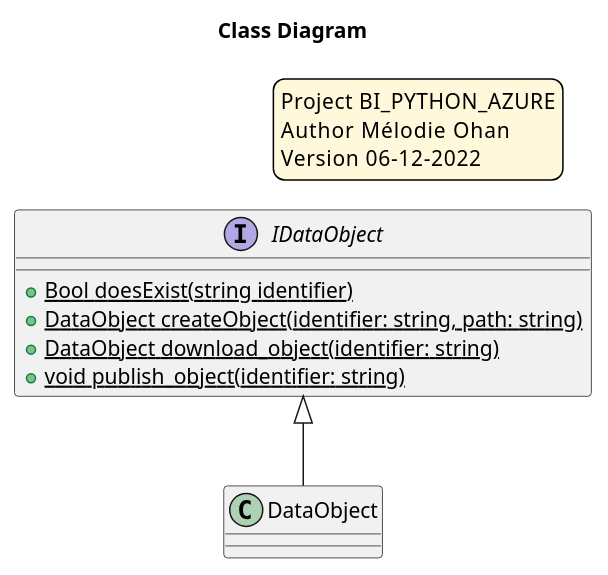
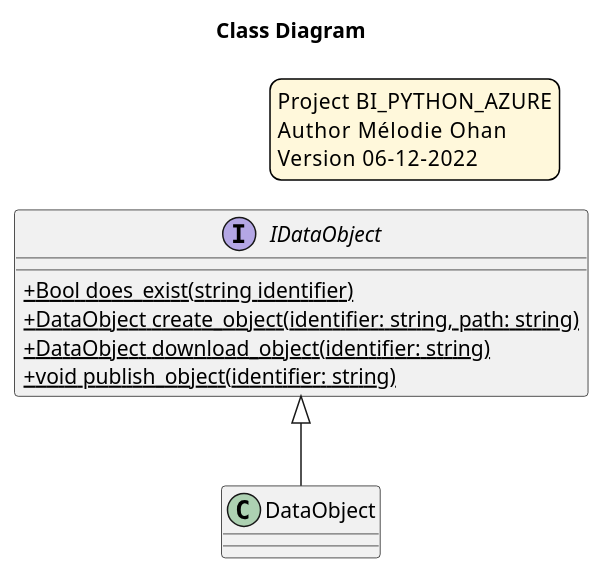
Before and after one commit to CPNV-ES-BI/BI_PYTHON_AZURE: the diagram in doc/class_diagram.puml, drawn with PlantUML. The commit also changed 2 other files, not shown here.

```diff
--- a/doc/class_diagram.puml
+++ b/doc/class_diagram.puml
@@ -1,24 +1,25 @@
 @startuml
 
 skinparam legendBackgroundColor #fff8db
+skinparam classAttributeIconSize 0
 
 legend top right
     Project   BI_PYTHON_AZURE
     Author    Mélodie Ohan
     Version   06-12-2022
 endlegend
 
 title Class Diagram
 
 Interface IDataObject {
-  +{static} Bool doesExist(string identifier)
-  +{static} DataObject createObject(identifier: string, path: string)
+  +{static} Bool does_exist(string identifier)
+  +{static} DataObject create_object(identifier: string, path: string)
   +{static} DataObject download_object(identifier: string)
   +{static} void publish_object(identifier: string)
 }
 
 Class DataObject
 
 IDataObject <|-- DataObject
 
 @enduml
```
